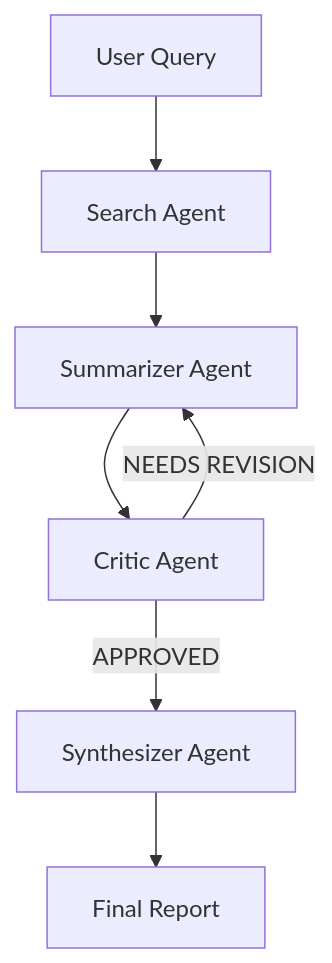
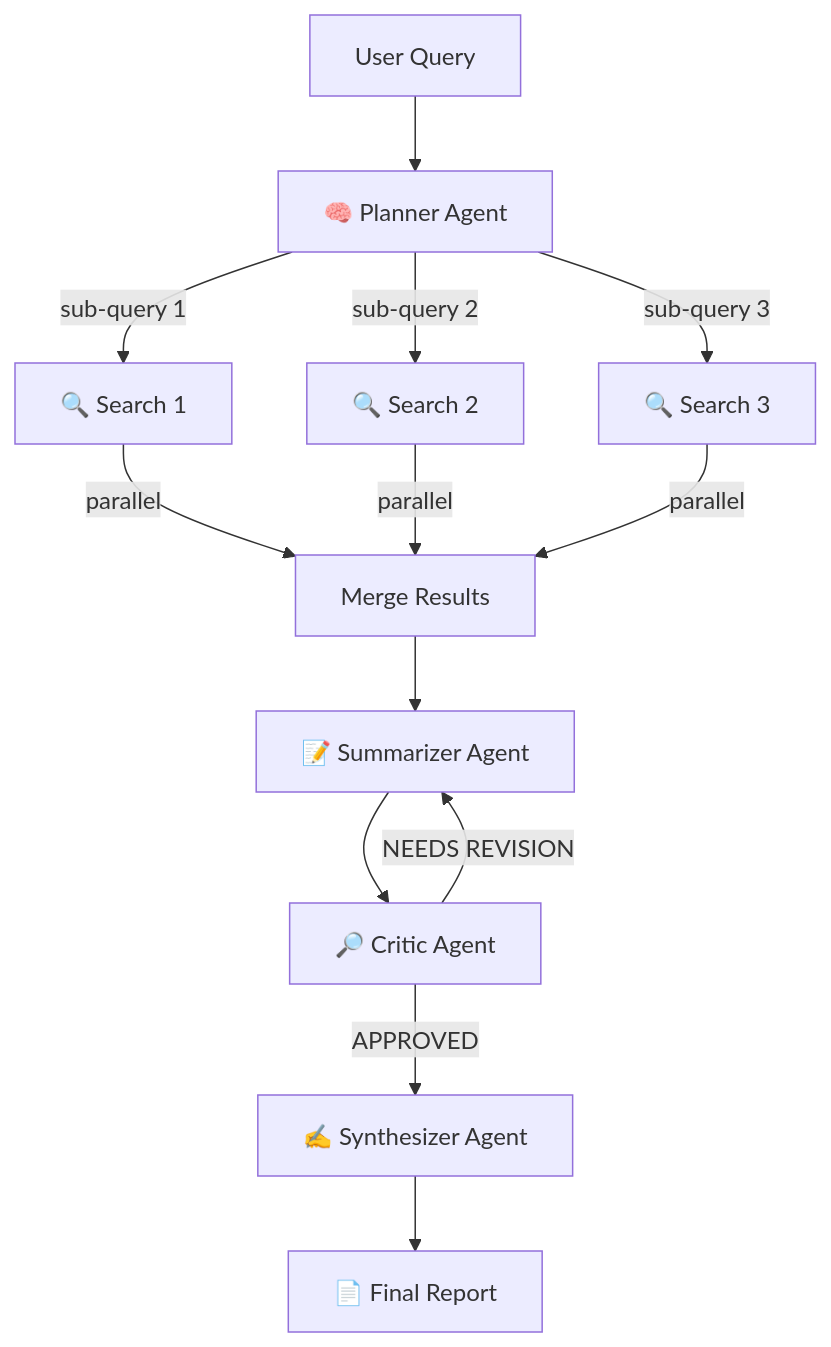
One commit to AdithyaReddyGeeda/Multi-agent-Research-Assistant changed the diagram in README.md. Above: the diagram before and after it, drawn with Mermaid. The commit also changed other lines of this file and 5 other files, not shown here.

Commit message:
Add planner agent, parallel search, and UI/README updates

````diff
--- a/README.md
+++ b/README.md
@@ -109,9 +109,13 @@
 ```mermaid
-  graph TD
-      U[User Query] --> S[Search Agent]
-      S --> SUM[Summarizer Agent]
-      SUM --> C[Critic Agent]
-      C -->|NEEDS REVISION| SUM
-      C -->|APPROVED| SYN[Synthesizer Agent]
-      SYN --> R[Final Report]
+graph TD
+    U[User Query] --> P[🧠 Planner Agent]
+    P --> |sub-query 1| S1[🔍 Search 1]
+    P --> |sub-query 2| S2[🔍 Search 2]
+    P --> |sub-query 3| S3[🔍 Search 3]
+    S1 & S2 & S3 --> |parallel| M[Merge Results]
+    M --> SUM[📝 Summarizer Agent]
+    SUM --> C[🔎 Critic Agent]
+    C -->|NEEDS REVISION| SUM
+    C -->|APPROVED| SYN[✍️ Synthesizer Agent]
+    SYN --> R[📄 Final Report]
 ```
````
